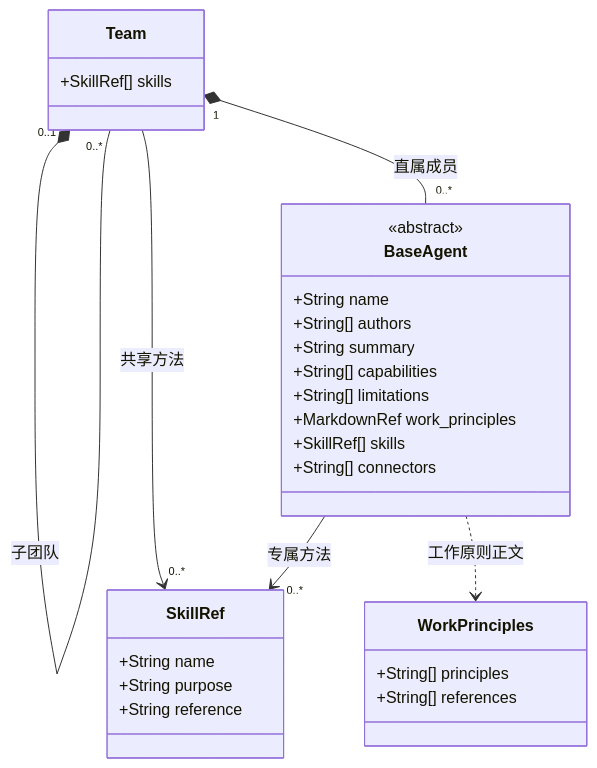
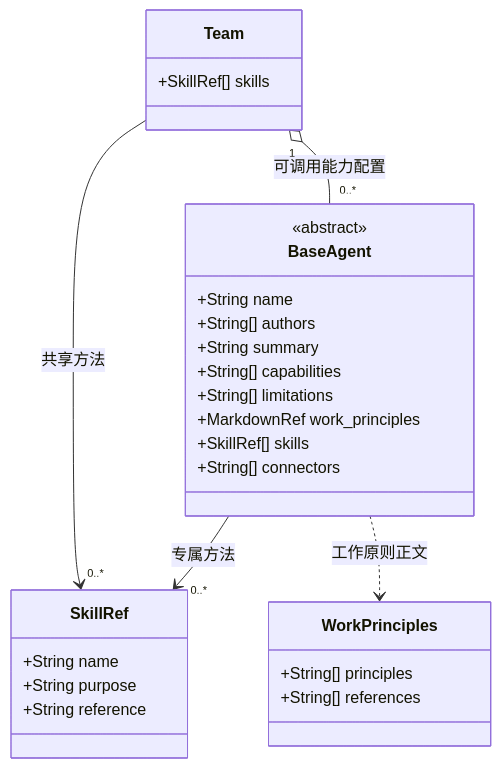
The diagram in design/capability/base-agent.md (nan023062/cbim), drawn with Mermaid before and after one commit. The commit also changed other lines of this file and 87 other files, not shown here.

````diff
--- a/design/capability/base-agent.md
+++ b/design/capability/base-agent.md
@@ -9,32 +9,31 @@
 ```mermaid
 classDiagram
     direction TB
     class BaseAgent {
         <<abstract>>
         +String name
         +String[] authors
         +String summary
         +String[] capabilities
         +String[] limitations
         +MarkdownRef work_principles
         +SkillRef[] skills
         +String[] connectors
     }
     class WorkPrinciples {
         +String[] principles
         +String[] references
     }
     class SkillRef {
         +String name
         +String purpose
         +String reference
     }
     class Team {
         +SkillRef[] skills
     }
-    Team "0..1" *-- "0..*" Team : 子团队
-    Team "1" *-- "0..*" BaseAgent : 直属成员
+    Team "1" o-- "0..*" BaseAgent : 可调用能力配置
     Team --> "0..*" SkillRef : 共享方法
     BaseAgent --> "0..*" SkillRef : 专属方法
     BaseAgent ..> WorkPrinciples : 工作原则正文
 ```
````
